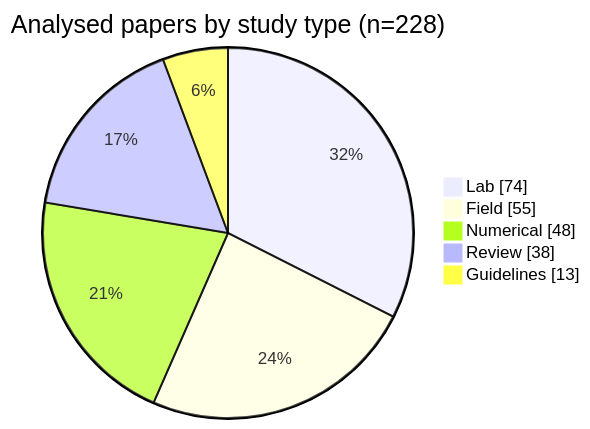
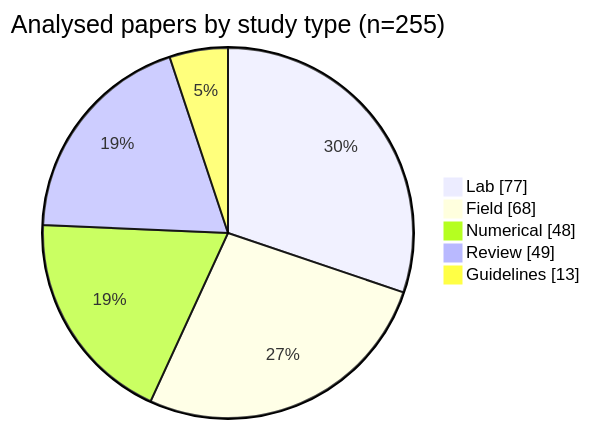
The second of 2 diagrams in README.md (jtuhtan/downstream-fish-passage-injury-mortality-knowledge_base), drawn with Mermaid before and after one commit. The commit also changed other lines of this file and 43 other files, not shown here.

````diff
--- a/README.md
+++ b/README.md
@@ -46,9 +46,9 @@
 ```mermaid
 pie showData
-  title Analysed papers by study type (n=228)
-  "Lab" : 74
-  "Field" : 55
+  title Analysed papers by study type (n=255)
+  "Lab" : 77
+  "Field" : 68
   "Numerical" : 48
-  "Review" : 38
+  "Review" : 49
   "Guidelines" : 13
 ```
````
